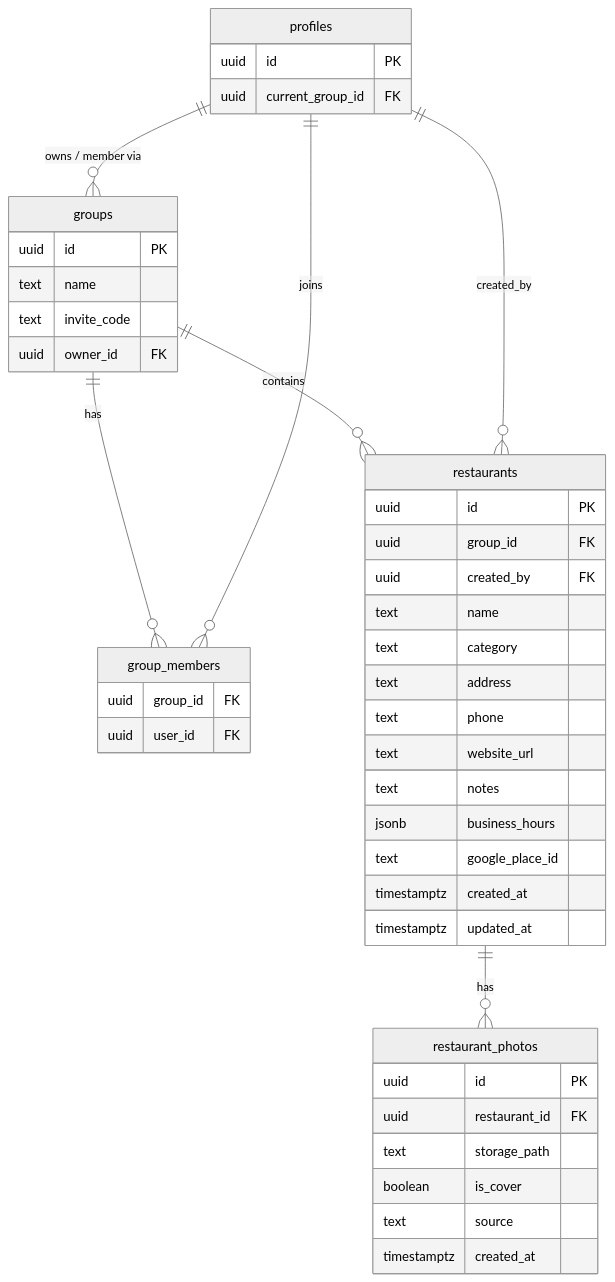
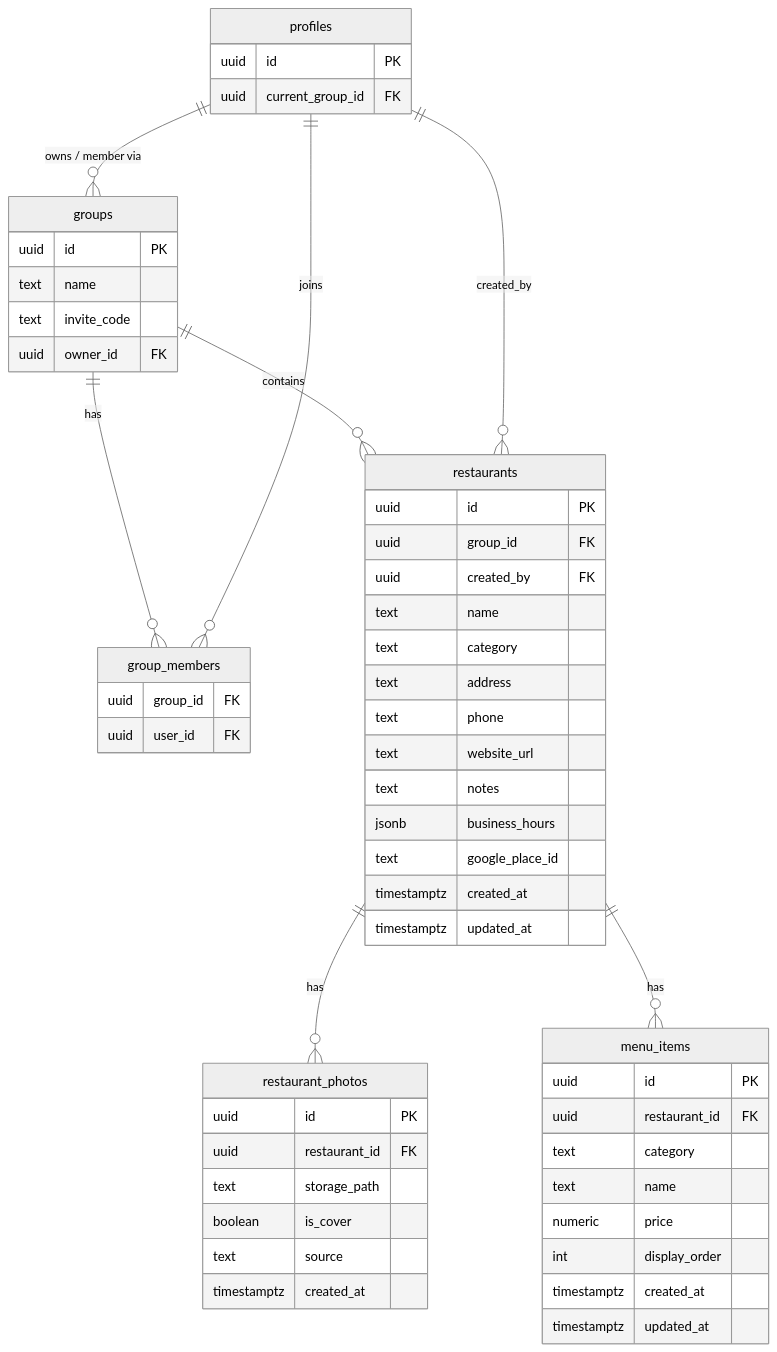
The diagram in docs/DATABASE.md (chm12b/yum-diary), drawn with Mermaid (neutral theme) before and after one commit. The commit also changed other lines of this file and 71 other files, not shown here.

Commit message:
feat(restaurant): add Google Cloud and OpenAI API keys to environment configuration, enhance nearby search functionality with grid loading and error handling, and improve restaurant card display with visit count and ranking features

````diff
--- a/docs/DATABASE.md
+++ b/docs/DATABASE.md
@@ -137,51 +158,63 @@
 ```mermaid
 erDiagram
   profiles ||--o{ groups : "owns / member via"
   groups ||--o{ group_members : "has"
   profiles ||--o{ group_members : "joins"
   groups ||--o{ restaurants : "contains"
   profiles ||--o{ restaurants : "created_by"
   restaurants ||--o{ restaurant_photos : "has"
+  restaurants ||--o{ menu_items : "has"
 
   profiles {
     uuid id PK
     uuid current_group_id FK
   }
 
   groups {
     uuid id PK
     text name
     text invite_code
     uuid owner_id FK
   }
 
   group_members {
     uuid group_id FK
     uuid user_id FK
   }
 
   restaurants {
     uuid id PK
     uuid group_id FK
     uuid created_by FK
     text name
     text category
     text address
     text phone
     text website_url
     text notes
     jsonb business_hours
     text google_place_id
     timestamptz created_at
     timestamptz updated_at
   }
 
   restaurant_photos {
     uuid id PK
     uuid restaurant_id FK
     text storage_path
     boolean is_cover
     text source
     timestamptz created_at
   }
+
+  menu_items {
+    uuid id PK
+    uuid restaurant_id FK
+    text category
+    text name
+    numeric price
+    int display_order
+    timestamptz created_at
+    timestamptz updated_at
+  }
 ```
````
